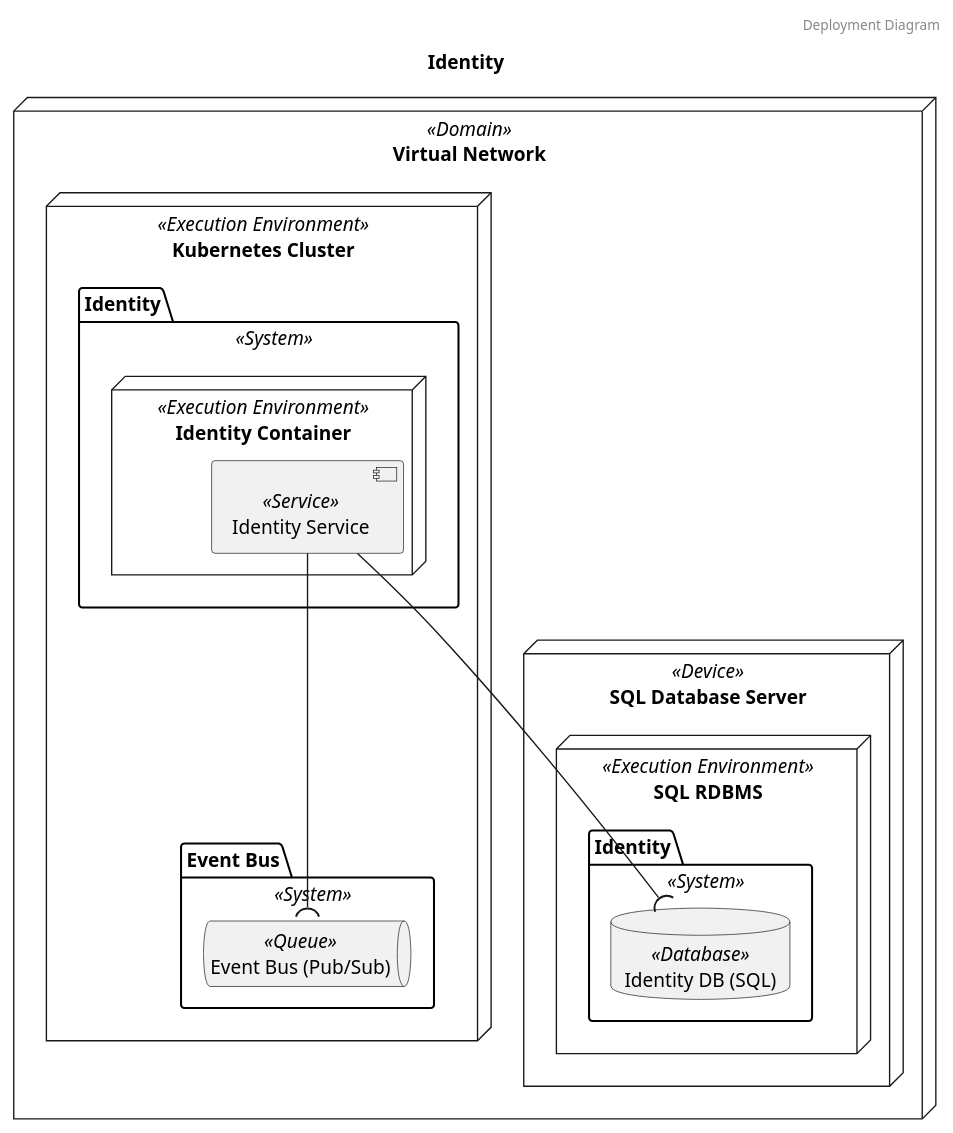
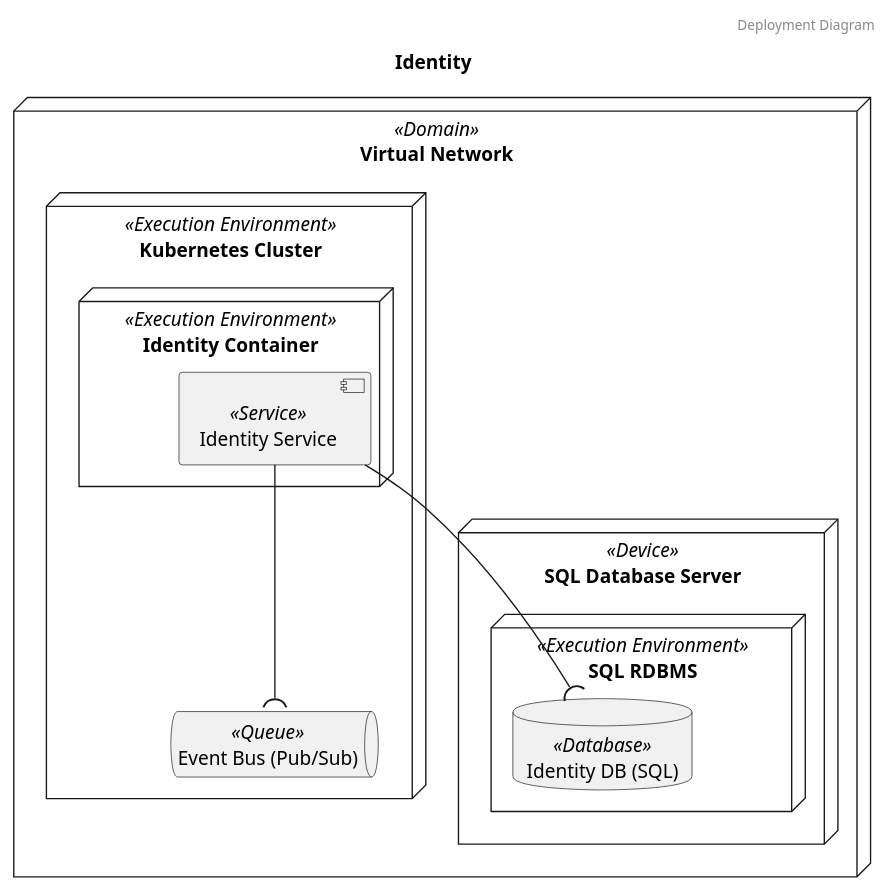
The second of 3 diagrams in diagrams/systems/Identity.puml (garrettsutula/example-trellis-project), drawn with PlantUML before and after one commit. The commit also changed other lines of this file and 23 other files, not shown here.

Commit message:
Update deps, add examples of new diagrams, update for breaking interface changes

```diff
--- a/diagrams/systems/Identity.puml
+++ b/diagrams/systems/Identity.puml
@@ -17,27 +17,19 @@
 @startuml Deployment Diagram Identity
 header Deployment Diagram
 title Identity
-	node "Virtual Network" as Virtual_Network <<Domain>> {
-		node "Kubernetes Cluster" as Kubernetes_Cluster <<Execution Environment>> {
-			package "Event Bus" as Event_Bus_Kubernetes_Cluster_package <<System>>{
-				queue "Event Bus (Pub/Sub)" as Event_Bus_Pub_Sub <<Queue>>
-			}
-			package "Identity" as Identity_Kubernetes_Cluster_package <<System>>{
-				node "Identity Container" as Identity_Container <<Execution Environment>> {
-					component "Identity Service" as Identity_Service <<Service>>
-				}
-
-			}
-		}
-		node "SQL Database Server" as SQL_Database_Server <<Device>> {
-			node "SQL RDBMS" as SQL_RDBMS <<Execution Environment>> {
-				package "Identity" as Identity_SQL_RDBMS_package <<System>>{
-					database "Identity DB (SQL)" as Identity_DB_SQL <<Database>>
-				}
-			}
+node "Virtual Network" as Virtual_Network <<Domain>> {
+	node "Kubernetes Cluster" as Kubernetes_Cluster <<Execution Environment>> {
+		queue "Event Bus (Pub/Sub)" as Event_Bus_Pub_Sub <<Queue>>
+		node "Identity Container" as Identity_Container <<Execution Environment>> {
+			component "Identity Service" as Identity_Service <<Service>>
 		}
 	}
-
+	node "SQL Database Server" as SQL_Database_Server <<Device>> {
+		node "SQL RDBMS" as SQL_RDBMS <<Execution Environment>> {
+			database "Identity DB (SQL)" as Identity_DB_SQL <<Database>>
+		}
+	}
+}
 	Identity_Service -down-( Identity_DB_SQL
 	Identity_Service -down-( Event_Bus_Pub_Sub
 @enduml
```
